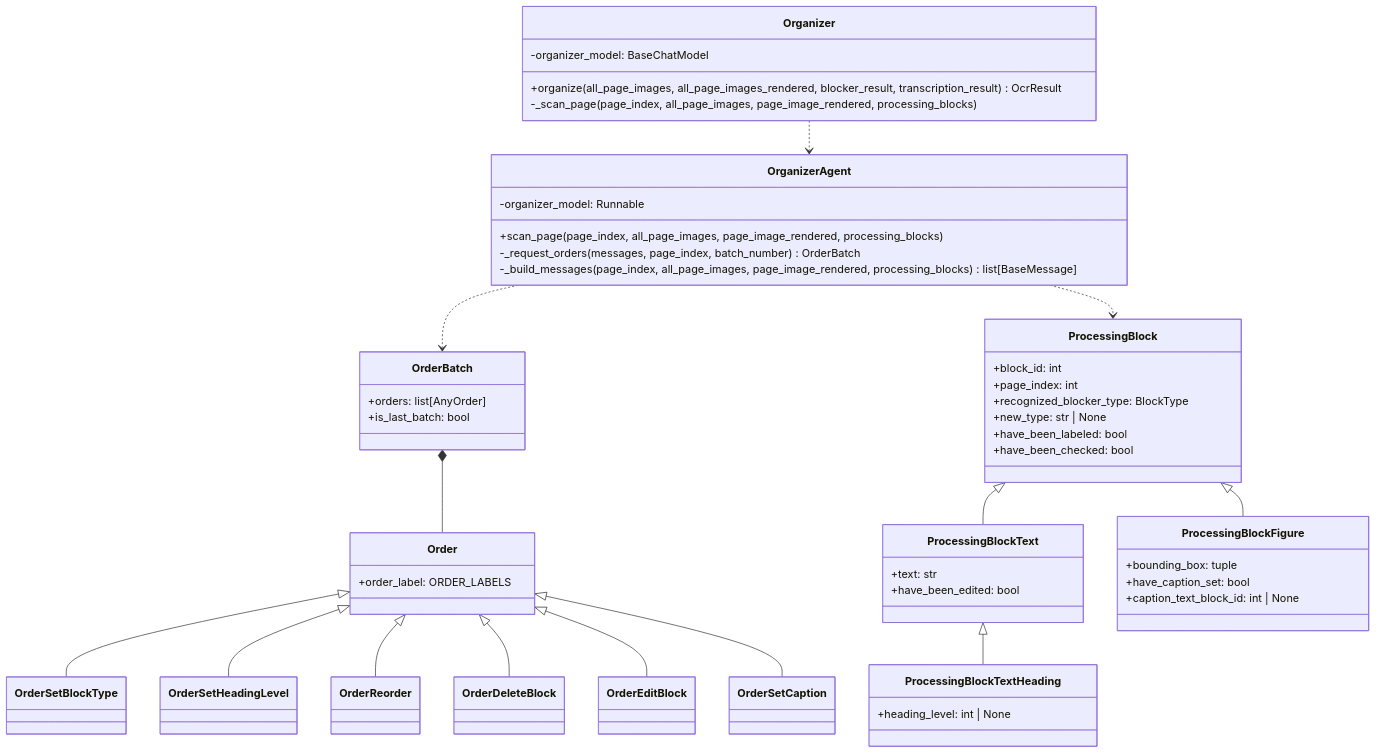
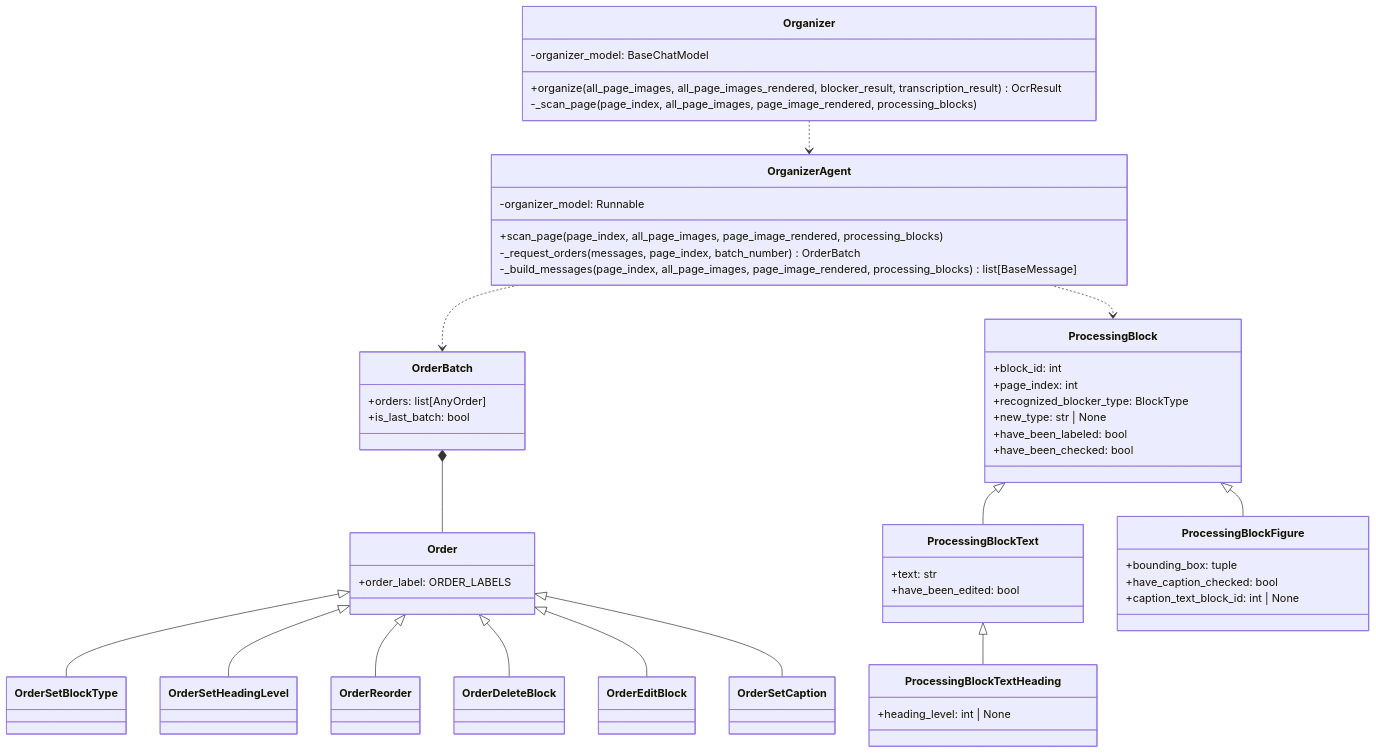
Before and after one commit to konbraphat51/SuperSuat: the first of 2 diagrams in Uploader/OcrModule/Blocked/Docs/StructureOrganizer.ja.md, drawn with Mermaid. The commit also changed 5 other files, not shown here.

````diff
--- a/Uploader/OcrModule/Blocked/Docs/StructureOrganizer.ja.md
+++ b/Uploader/OcrModule/Blocked/Docs/StructureOrganizer.ja.md
@@ -12,54 +12,54 @@
 ```mermaid
 classDiagram
     class Organizer {
         -organizer_model: BaseChatModel
         +organize(all_page_images, all_page_images_rendered, blocker_result, transcription_result) OcrResult
         -_scan_page(page_index, all_page_images, page_image_rendered, processing_blocks)
     }
     class OrganizerAgent {
         -organizer_model: Runnable
         +scan_page(page_index, all_page_images, page_image_rendered, processing_blocks)
         -_request_orders(messages, page_index, batch_number) OrderBatch
         -_build_messages(page_index, all_page_images, page_image_rendered, processing_blocks) list[BaseMessage]
     }
     class OrderBatch {
         +orders: list[AnyOrder]
         +is_last_batch: bool
     }
     class Order {
         +order_label: ORDER_LABELS
     }
     class ProcessingBlock {
         +block_id: int
         +page_index: int
         +recognized_blocker_type: BlockType
         +new_type: str | None
         +have_been_labeled: bool
         +have_been_checked: bool
     }
     class ProcessingBlockText {
         +text: str
         +have_been_edited: bool
     }
     class ProcessingBlockTextHeading {
         +heading_level: int | None
     }
     class ProcessingBlockFigure {
         +bounding_box: tuple
-        +have_caption_set: bool
+        +have_caption_checked: bool
         +caption_text_block_id: int | None
     }
     Organizer ..> OrganizerAgent
     OrganizerAgent ..> OrderBatch
     OrderBatch *-- Order
     Order <|-- OrderSetBlockType
     Order <|-- OrderSetHeadingLevel
     Order <|-- OrderReorder
     Order <|-- OrderDeleteBlock
     Order <|-- OrderEditBlock
     Order <|-- OrderSetCaption
     ProcessingBlock <|-- ProcessingBlockText
     ProcessingBlock <|-- ProcessingBlockFigure
     ProcessingBlockText <|-- ProcessingBlockTextHeading
     OrganizerAgent ..> ProcessingBlock
 ```
````
